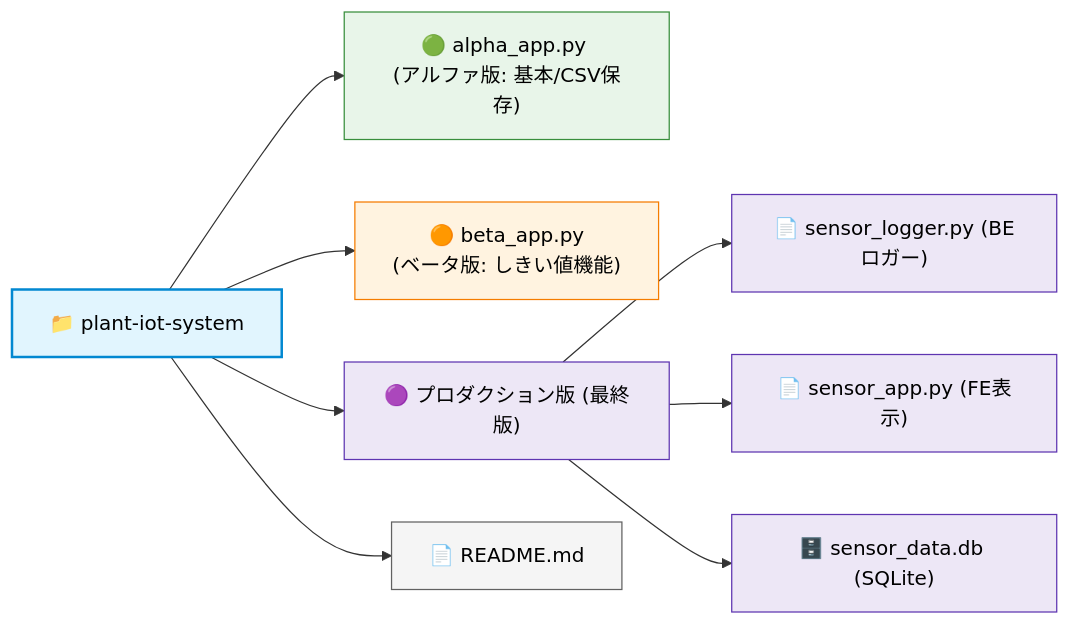
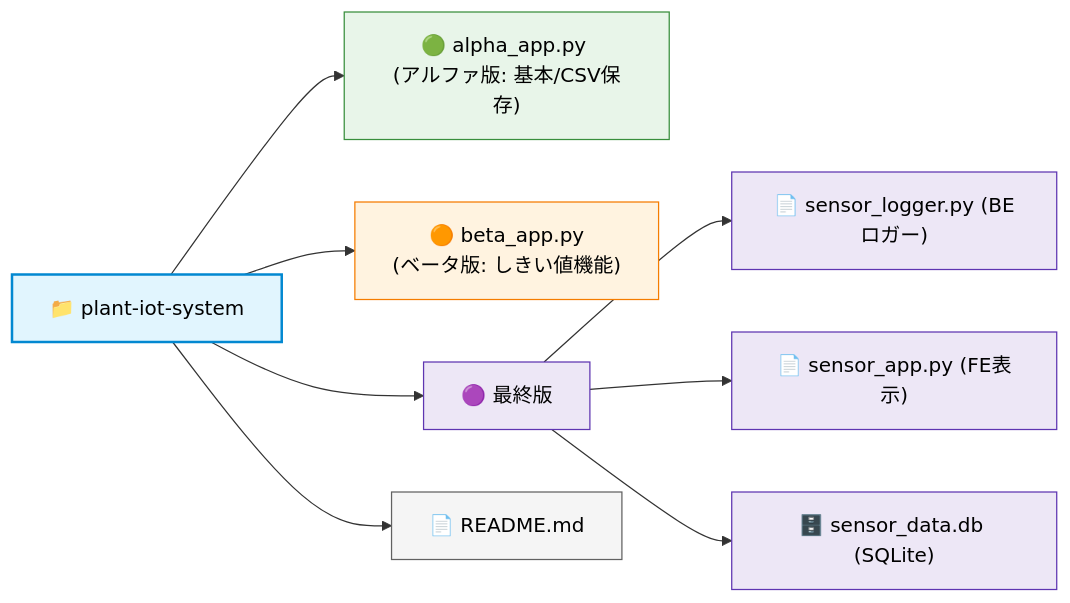
Before and after one commit to Mutou-dev123/plant-iot-system: the first of 3 diagrams in README.md, drawn with Mermaid. The commit also changed other lines of this file, not shown here.

````diff
--- a/README.md
+++ b/README.md
@@ -80,28 +80,28 @@
 ```mermaid
 graph LR
     Root["📁 plant-iot-system"]
     
     Root --> Alpha["🟢 alpha_app.py <br>(アルファ版: 基本/CSV保存)"]
     Root --> Beta["🟠 beta_app.py <br>(ベータ版: しきい値機能)"]
     
     %% プロダクション版を1つのノードでまとめてから枝分かれさせる
-    Root --> Prod["🟣 プロダクション版 (最終版)"]
+    Root --> Prod["🟣 最終版"]
     Prod --> Logger["📄 sensor_logger.py (BEロガー)"]
     Prod --> App["📄 sensor_app.py (FE表示)"]
     Prod --> DB["🗄️ sensor_data.db (SQLite)"]
     
     Root --> RM["📄 README.md"]
 
     %% スタイル設定
     classDef root fill:#e1f5fe,stroke:#0288d1,stroke-width:2px,color:#000
     classDef alpha fill:#e8f5e9,stroke:#388e3c,1px,color:#000
     classDef beta fill:#fff3e0,stroke:#f57c00,1px,color:#000
     classDef prod fill:#ede7f6,stroke:#5e35b1,2px,color:#000
     classDef common fill:#f5f5f5,stroke:#616161,1px,color:#000
 
     class Root root
     class Alpha alpha
     class Beta beta
     class Prod,Logger,App,DB prod
     class RM common
 ```
````
